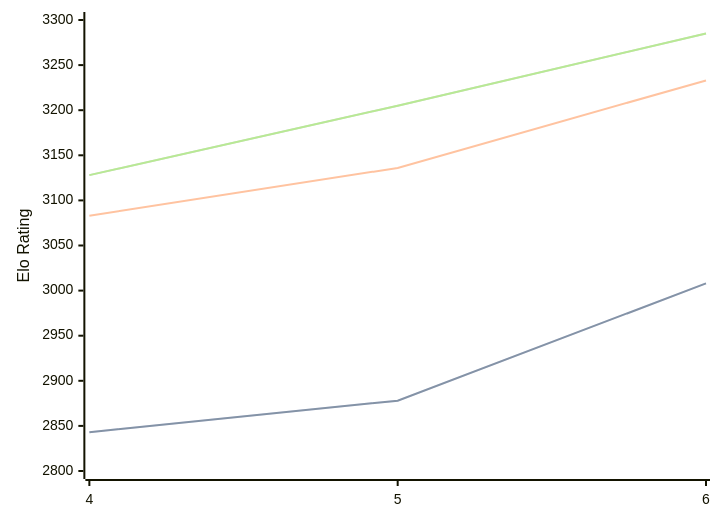
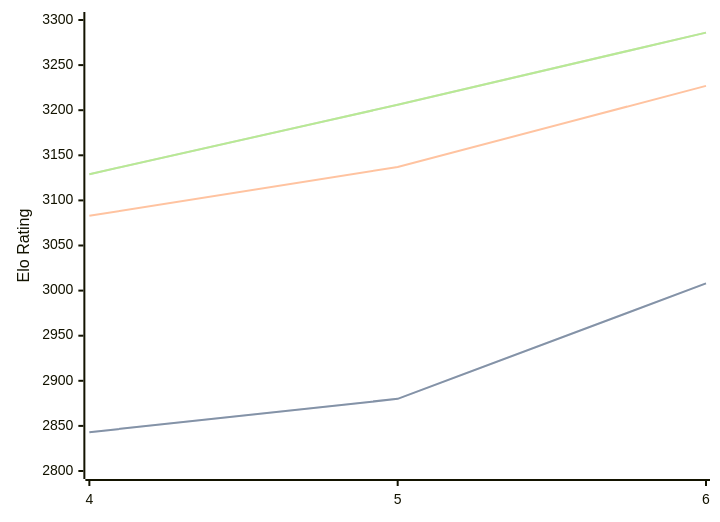
The diagram in engines/Cwtch.md (computer-chess-index/cci), drawn with Mermaid before and after one commit. The commit also changed other lines of this file, not shown here.

Commit message:
Update CCI Ratings (ELO VLTC) - 2026-08-23

````diff
--- a/engines/Cwtch.md
+++ b/engines/Cwtch.md
@@ -34,11 +34,11 @@
 ```mermaid
 %%{init: {"theme":"base","themeVariables":{"seriesColors:['#a3a3a3','#222221','#faa371']}}}%%
 xychart-beta
   x-axis ["4", "5", "6"]
   y-axis "Elo Rating" 2800 --> 3300
-  line "STC (8.0+0.08s)" [2843, 2878, 3008]
-  line "STC (8.0+0.08s)" [2843, 2878, 3008]
-  line "LTC (60.0+0.60s)" [3083, 3136, 3233]
-  line "VLTC (2m24s+1.12s)" [3128, 3205, 3285]
-  line "VLTC (2m24s+1.12s)" [3128, 3205, 3285]
+  line "STC (8.0+0.08s)" [2843, 2880, 3008]
+  line "STC (8.0+0.08s)" [2843, 2880, 3008]
+  line "LTC (60.0+0.60s)" [3083, 3137, 3227]
+  line "VLTC (2m24s+1.12s)" [3129, 3206, 3286]
+  line "VLTC (2m24s+1.12s)" [3129, 3206, 3286]
 ```
````
